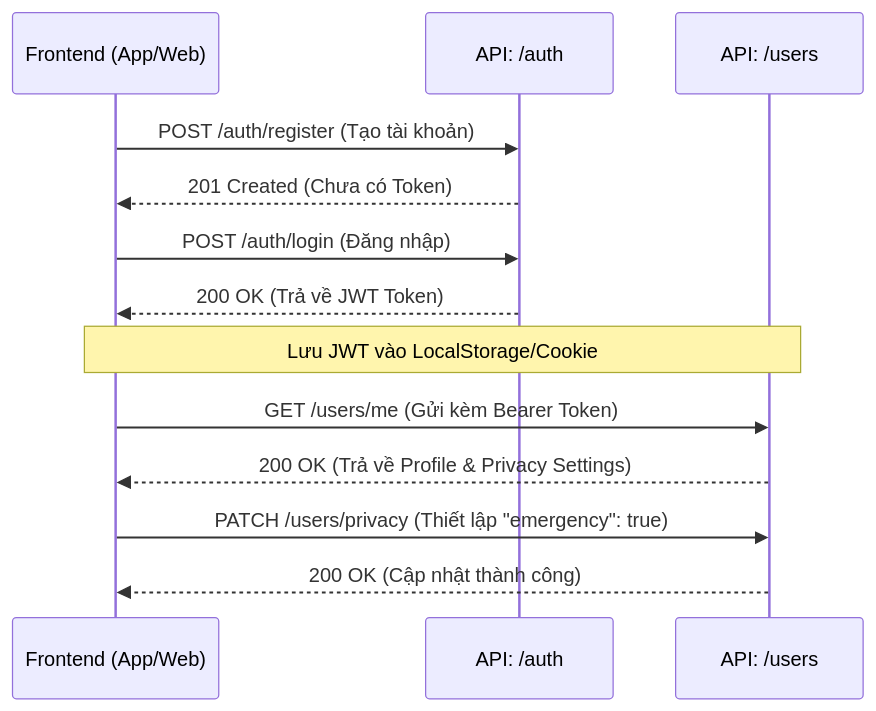
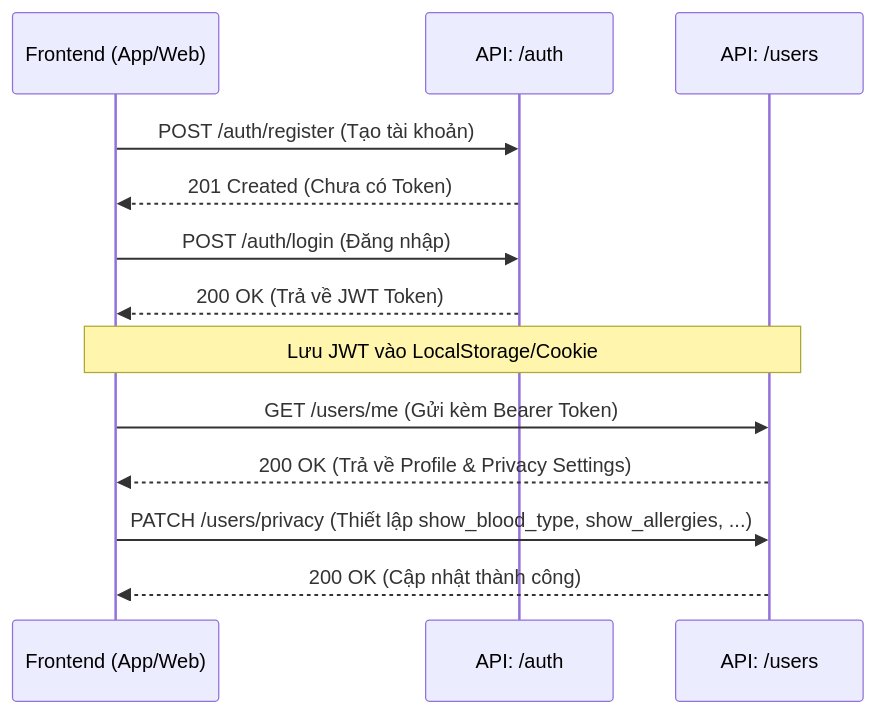
Before and after one commit to ImSoul0511/Medical_Diary: the first of 5 diagrams in backend/docs/API_FLOW.md, drawn with Mermaid. The commit also changed other lines of this file and 5 other files, not shown here.

Commit message:
docs: update docs, and fix discrepancy of SSOT, API, API_FLOW, and DB_SCHEMAS

````diff
--- a/backend/docs/API_FLOW.md
+++ b/backend/docs/API_FLOW.md
@@ -11,20 +11,20 @@
 ```mermaid
 sequenceDiagram
     participant FE as Frontend (App/Web)
     participant Auth as API: /auth
     participant User as API: /users
 
     FE->>Auth: POST /auth/register (Tạo tài khoản)
     Auth-->>FE: 201 Created (Chưa có Token)
     
     FE->>Auth: POST /auth/login (Đăng nhập)
     Auth-->>FE: 200 OK (Trả về JWT Token)
     
     Note over FE,User: Lưu JWT vào LocalStorage/Cookie
     
     FE->>User: GET /users/me (Gửi kèm Bearer Token)
     User-->>FE: 200 OK (Trả về Profile & Privacy Settings)
     
-    FE->>User: PATCH /users/privacy (Thiết lập "emergency": true)
+    FE->>User: PATCH /users/privacy (Thiết lập show_blood_type, show_allergies, ...)
     User-->>FE: 200 OK (Cập nhật thành công)
 ```
````
